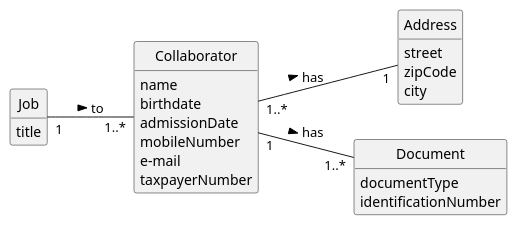
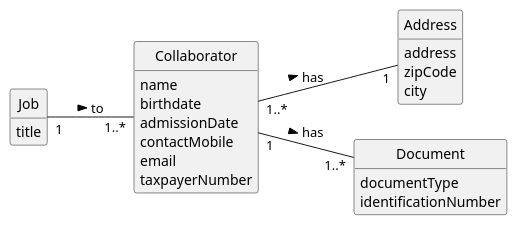
The diagram in docs/sprintB/us003/02.analysis/puml/us003-domain-model.puml (ricardomm7/leaflink), drawn with PlantUML before and after one commit. The commit also changed 4 other files, not shown here.

Commit message:
LFC2-145 <Readme and class diagram conclusion. For now...>

```diff
--- a/docs/sprintB/us003/02.analysis/puml/us003-domain-model.puml
+++ b/docs/sprintB/us003/02.analysis/puml/us003-domain-model.puml
@@ -1,52 +1,52 @@
 @startuml
 skinparam monochrome true
 skinparam packageStyle rectangle
 skinparam shadowing false
 
 left to right direction
 
 skinparam classAttributeIconSize 0
 
 hide circle
 hide methods
 
 
 class Job {
     title
 }
 
 class Collaborator {
     name
     birthdate
     admissionDate
-    mobileNumber
-    e-mail
+    contactMobile
+    email
     taxpayerNumber
 }
 
 'class Person {
  '   name
  '   birthdate
  '   contactMobile
  '   email
  '   taxpayerNumber
 '}
 
 class Address{
-    street
+    address
     zipCode
     city
 
 }
 
 class Document{
   documentType
   identificationNumber
 }
 
 ' Relationships
 Collaborator "1..*" -- "1" Address: has  >
 Collaborator  "1" -- "1..*"  Document : has >
 Job "1" -- "1..*" Collaborator : to >
 
 @enduml
```
